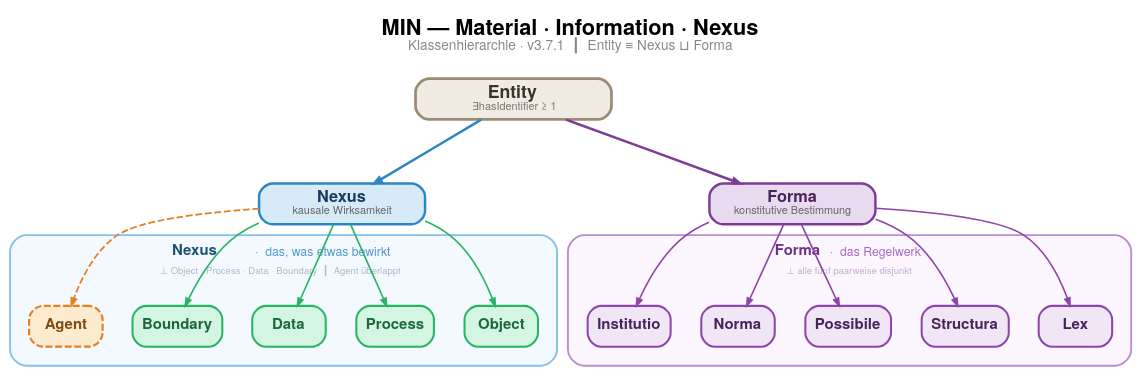
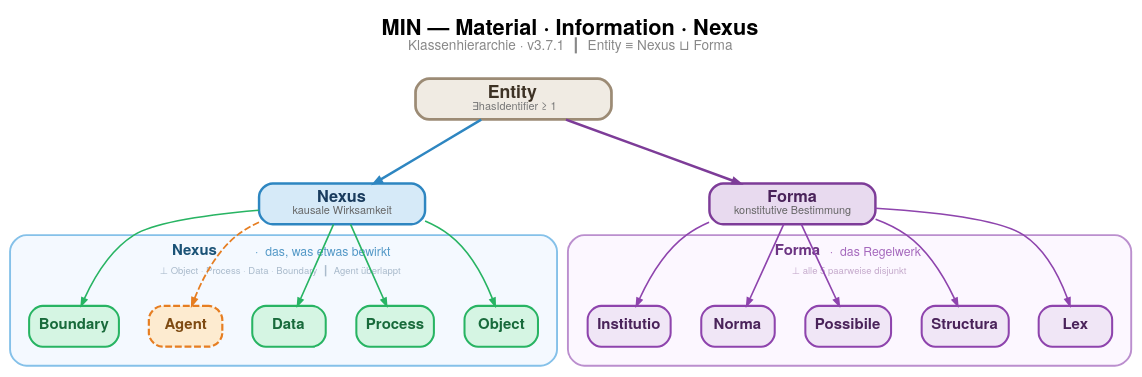
Before and after one commit to lepy/min-ontology: the diagram in docs/min_hierarchy.dot, drawn with Graphviz. The commit also changed 4 other files, not shown here.

```diff
--- a/docs/min_hierarchy.dot
+++ b/docs/min_hierarchy.dot
@@ -1,102 +1,102 @@
 digraph MIN {
     rankdir=TB;
     bgcolor="transparent";
     pad=0.4;
     nodesep=0.3;
     ranksep=0.65;
     splines=true;
 
     graph [fontname="Helvetica Neue, Helvetica, Arial, sans-serif"];
     node  [fontname="Helvetica Neue, Helvetica, Arial, sans-serif"];
     edge  [fontname="Helvetica Neue, Helvetica, Arial, sans-serif"];
 
     node [
         shape=box, style="rounded,filled", penwidth=1.5,
         fontsize=11, height=0.42, margin="0.10,0.06"
     ];
     edge [ penwidth=1.2, arrowsize=0.55 ];
 
     // ── ENTITY ──────────────────────────────────────────────
     Entity [
         label=<<B>Entity</B><BR/><FONT POINT-SIZE="8" COLOR="#777777">∃hasIdentifier ≥ 1</FONT>>,
         fillcolor="#f0ebe3", color="#9c8b75", fontcolor="#3d3225",
         fontsize=13, penwidth=2.0, width=2.0
     ];
 
     // ── NEXUS ───────────────────────────────────────────────
     subgraph cluster_nexus {
         label=<<TABLE BORDER="0" CELLPADDING="1"><TR>
             <TD><B><FONT POINT-SIZE="11" COLOR="#1a5276">Nexus</FONT></B></TD>
             <TD><FONT POINT-SIZE="9" COLOR="#5499c7">  ·  das, was etwas bewirkt</FONT></TD>
         </TR><TR>
             <TD COLSPAN="2"><FONT POINT-SIZE="7.5" COLOR="#aabbcc">⊥ Object · Process · Data · Boundary  ┃  Agent überlappt</FONT></TD>
         </TR></TABLE>>;
         fontsize=11; fontcolor="#1a5276";
         style="rounded"; color="#85c1e9"; bgcolor="#f4f9ff";
         margin=14; penwidth=1.4;
 
         Nexus [
             label=<<B>Nexus</B><BR/><FONT POINT-SIZE="8" COLOR="#666666">kausale Wirksamkeit</FONT>>,
             fillcolor="#d6eaf8", color="#2e86c1", fontcolor="#1a3c5e",
             fontsize=12, penwidth=1.8, width=1.7
         ];
 
-        Object   [ label=<<B>Object</B>>,   fillcolor="#d5f5e3", color="#28b463", fontcolor="#186a3b" ];
-        Process  [ label=<<B>Process</B>>,  fillcolor="#d5f5e3", color="#28b463", fontcolor="#186a3b" ];
-        Data     [ label=<<B>Data</B>>,     fillcolor="#d5f5e3", color="#28b463", fontcolor="#186a3b" ];
-        Boundary [ label=<<B>Boundary</B>>, fillcolor="#d5f5e3", color="#28b463", fontcolor="#186a3b" ];
+        Object [ label=<<B>Object</B>>, fillcolor="#d5f5e3", color="#28b463", fontcolor="#186a3b" ];
+        Process [ label=<<B>Process</B>>, fillcolor="#d5f5e3", color="#28b463", fontcolor="#186a3b" ];
+        Data [ label=<<B>Data</B>>, fillcolor="#d5f5e3", color="#28b463", fontcolor="#186a3b" ];
         Agent [
             label=<<B>Agent</B>>,
             fillcolor="#fdebd0", color="#e67e22", fontcolor="#7e4a12",
             style="rounded,filled,dashed", penwidth=1.6
         ];
+        Boundary [ label=<<B>Boundary</B>>, fillcolor="#d5f5e3", color="#28b463", fontcolor="#186a3b" ];
     }
 
     // ── FORMA ───────────────────────────────────────────────
     subgraph cluster_forma {
         label=<<TABLE BORDER="0" CELLPADDING="1"><TR>
             <TD><B><FONT POINT-SIZE="11" COLOR="#6c3483">Forma</FONT></B></TD>
             <TD><FONT POINT-SIZE="9" COLOR="#a569bd">  ·  das Regelwerk</FONT></TD>
         </TR><TR>
-            <TD COLSPAN="2"><FONT POINT-SIZE="7.5" COLOR="#c5aacc">⊥ alle fünf paarweise disjunkt</FONT></TD>
+            <TD COLSPAN="2"><FONT POINT-SIZE="7.5" COLOR="#c5aacc">⊥ alle 5 paarweise disjunkt</FONT></TD>
         </TR></TABLE>>;
         fontsize=11; fontcolor="#6c3483";
         style="rounded"; color="#bb8fce"; bgcolor="#fcf7ff";
         margin=14; penwidth=1.4;
 
         Forma [
             label=<<B>Forma</B><BR/><FONT POINT-SIZE="8" COLOR="#666666">konstitutive Bestimmung</FONT>>,
             fillcolor="#e8daef", color="#7d3c98", fontcolor="#4a235a",
             fontsize=12, penwidth=1.8, width=1.7
         ];
 
-        Lex        [ label=<<B>Lex</B>>,        fillcolor="#f0e6f6", color="#8e44ad", fontcolor="#4a235a" ];
-        Structura  [ label=<<B>Structura</B>>,  fillcolor="#f0e6f6", color="#8e44ad", fontcolor="#4a235a" ];
-        Possibile  [ label=<<B>Possibile</B>>,  fillcolor="#f0e6f6", color="#8e44ad", fontcolor="#4a235a" ];
-        Norma      [ label=<<B>Norma</B>>,      fillcolor="#f0e6f6", color="#8e44ad", fontcolor="#4a235a" ];
+        Lex [ label=<<B>Lex</B>>, fillcolor="#f0e6f6", color="#8e44ad", fontcolor="#4a235a" ];
+        Structura [ label=<<B>Structura</B>>, fillcolor="#f0e6f6", color="#8e44ad", fontcolor="#4a235a" ];
+        Possibile [ label=<<B>Possibile</B>>, fillcolor="#f0e6f6", color="#8e44ad", fontcolor="#4a235a" ];
+        Norma [ label=<<B>Norma</B>>, fillcolor="#f0e6f6", color="#8e44ad", fontcolor="#4a235a" ];
         Institutio [ label=<<B>Institutio</B>>, fillcolor="#f0e6f6", color="#8e44ad", fontcolor="#4a235a" ];
     }
 
     // ── Edges ───────────────────────────────────────────────
     Entity -> Nexus  [color="#2e86c1", penwidth=1.8];
     Entity -> Forma  [color="#7d3c98", penwidth=1.8];
 
-    Nexus -> Object   [color="#28b463"];
-    Nexus -> Process  [color="#28b463"];
-    Nexus -> Data     [color="#28b463"];
+    Nexus -> Object [color="#28b463"];
+    Nexus -> Process [color="#28b463"];
+    Nexus -> Data [color="#28b463"];
+    Nexus -> Agent    [color="#e67e22", style=dashed, penwidth=1.3];
     Nexus -> Boundary [color="#28b463"];
-    Nexus -> Agent    [color="#e67e22", style=dashed, penwidth=1.3];
 
-    Forma -> Lex        [color="#8e44ad"];
-    Forma -> Structura  [color="#8e44ad"];
-    Forma -> Possibile  [color="#8e44ad"];
-    Forma -> Norma      [color="#8e44ad"];
+    Forma -> Lex [color="#8e44ad"];
+    Forma -> Structura [color="#8e44ad"];
+    Forma -> Possibile [color="#8e44ad"];
+    Forma -> Norma [color="#8e44ad"];
     Forma -> Institutio [color="#8e44ad"];
 
     // ── Rank ────────────────────────────────────────────────
     { rank=same; Nexus; Forma; }
 
     // ── Title ───────────────────────────────────────────────
     labelloc=t;
     label=<<FONT POINT-SIZE="16"><B>MIN — Material · Information · Nexus</B></FONT><BR/><FONT POINT-SIZE="10" COLOR="#888888">Klassenhierarchie · v3.7.1  ┃  Entity ≡ Nexus ⊔ Forma</FONT><BR/> >;
 }
```
